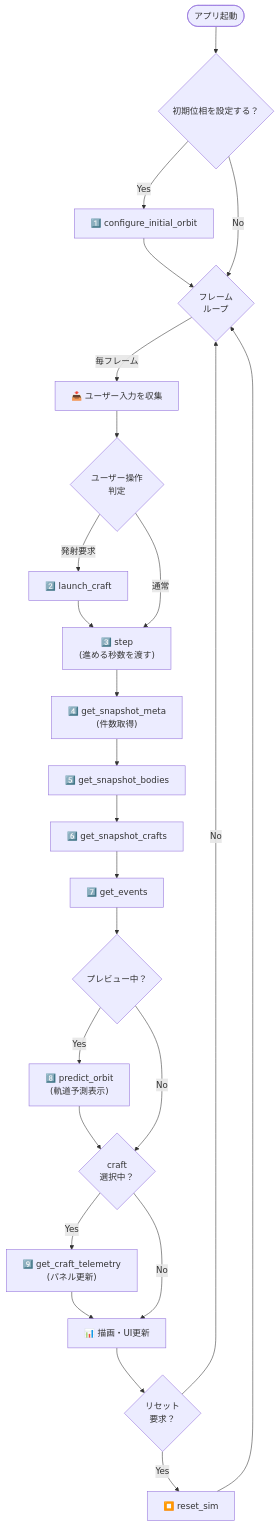
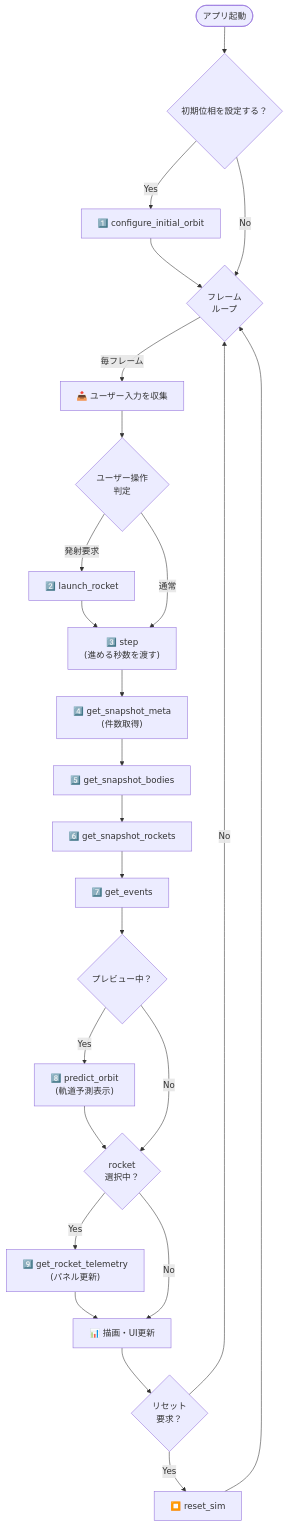
Before and after one commit to mtmt-btline/space: the diagram in docs/interface-spec.md, drawn with Mermaid. The commit also changed other lines of this file, not shown here.

Commit message:
fix: update terminology from 'craft' to 'rocket' in API specifications and documentation

````diff
--- a/docs/interface-spec.md
+++ b/docs/interface-spec.md
@@ -438,33 +459,33 @@
 ```mermaid
 graph TD
     Start([アプリ起動]) --> ConfigOrbit{"初期位相を設定する？"}
   ConfigOrbit -->|Yes| SetOrbit["1️⃣ configure_initial_orbit"]
   SetOrbit --> FrameLoop
   ConfigOrbit -->|No| FrameLoop{"フレーム<br/>ループ"}
     
     FrameLoop -->|"毎フレーム"| Input["📥 ユーザー入力を収集"]
     Input --> Decision{"ユーザー操作<br/>判定"}
     
-    Decision -->|"発射要求"| Launch["2️⃣ launch_craft"]
+    Decision -->|"発射要求"| Launch["2️⃣ launch_rocket"]
     Launch --> Step
 
     Decision -->|"通常"| Step["3️⃣ step<br/>(進める秒数を渡す)"]
     Step --> GetMeta["4️⃣ get_snapshot_meta<br/>(件数取得)"]
     GetMeta --> GetBodies["5️⃣ get_snapshot_bodies"]
-    GetBodies --> GetCrafts["6️⃣ get_snapshot_crafts"]
+    GetBodies --> GetCrafts["6️⃣ get_snapshot_rockets"]
     GetCrafts --> GetEvents["7️⃣ get_events"]
     GetEvents --> Preview{"プレビュー中？"}
     
     Preview -->|Yes| Predict["8️⃣ predict_orbit<br/>(軌道予測表示)"]
     Predict --> Telemetry
-    Preview -->|No| Telemetry{"craft<br/>選択中？"}
+    Preview -->|No| Telemetry{"rocket<br/>選択中？"}
     
-    Telemetry -->|Yes| Telem["9️⃣ get_craft_telemetry<br/>(パネル更新)"]
+    Telemetry -->|Yes| Telem["9️⃣ get_rocket_telemetry<br/>(パネル更新)"]
     Telem --> Render
     Telemetry -->|No| Render["📊 描画・UI更新"]
     Render --> Decision2{"リセット<br/>要求？"}
     
     Decision2 -->|Yes| Reset["⏹️ reset_sim"]
     Reset --> FrameLoop
     Decision2 -->|No| FrameLoop
 ```
````
